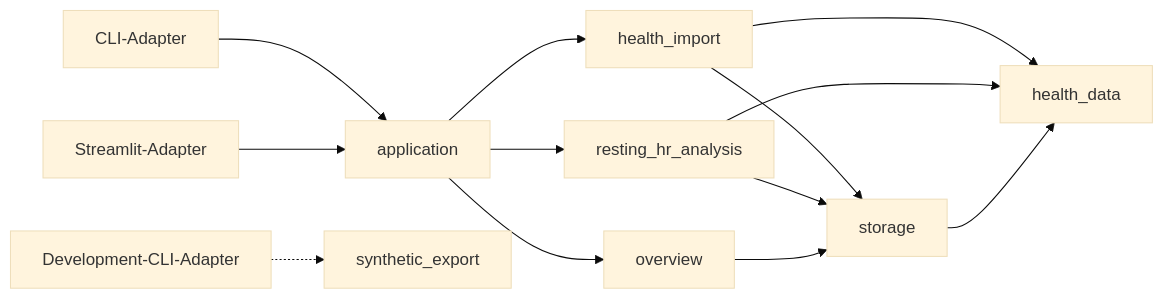
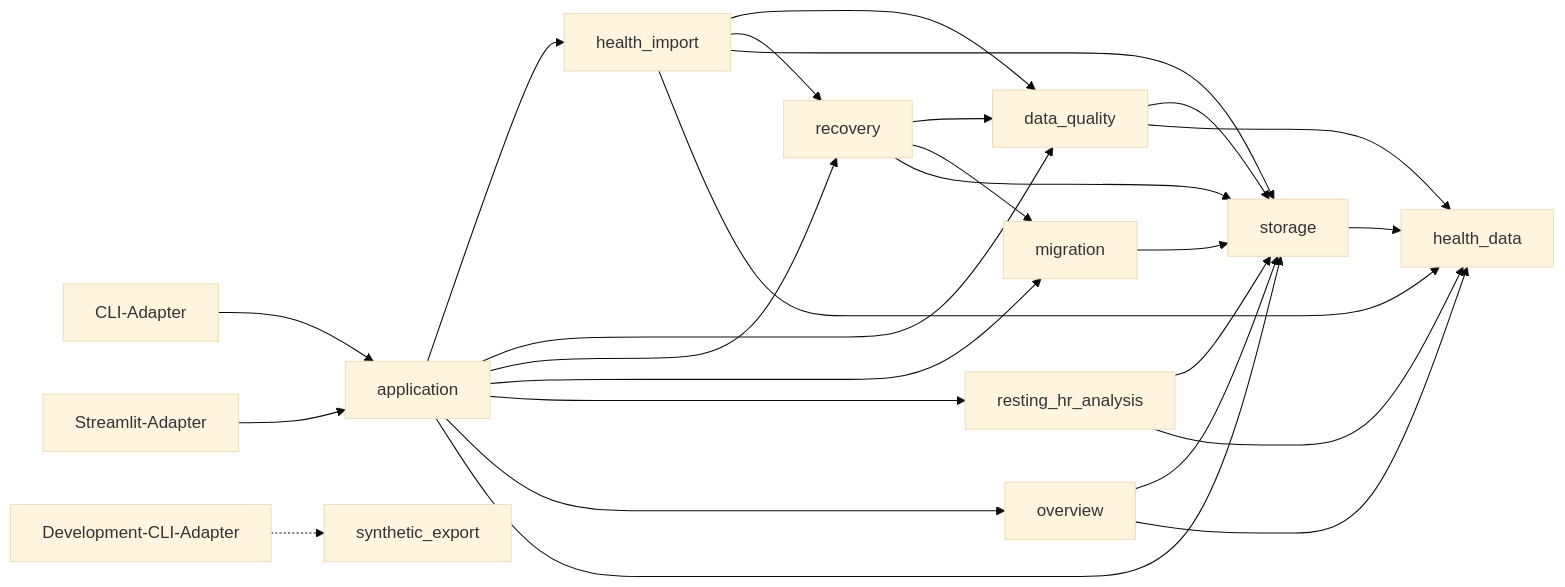
The diagram in HEALTH_ANALYTICS_ARCHITECTURE.md (RMKruse/personal-health-lab), drawn with Mermaid (base theme) before and after one commit. The commit also changed other lines of this file and 2 other files, not shown here.

Commit message:
Document V0.2 deep module ownership

````diff
--- a/HEALTH_ANALYTICS_ARCHITECTURE.md
+++ b/HEALTH_ANALYTICS_ARCHITECTURE.md
@@ -151,15 +154,28 @@
 ```mermaid
 flowchart LR
     CLI["CLI-Adapter"] --> APP["application"]
     UI["Streamlit-Adapter"] --> APP
     APP --> IMP["health_import"]
+    APP --> QUALITY["data_quality"]
+    APP --> RECOVERY["recovery"]
+    APP --> MIGRATION["migration"]
     APP --> ANA["resting_hr_analysis"]
     APP --> OVR["overview"]
+    APP --> STORE["storage"]
+    IMP --> QUALITY
+    IMP --> RECOVERY
     IMP --> STORE["storage"]
+    RECOVERY --> QUALITY
+    RECOVERY --> MIGRATION
+    RECOVERY --> STORE
+    MIGRATION --> STORE
+    QUALITY --> STORE
     ANA --> STORE
     OVR --> STORE
     IMP --> DATA["health_data"]
+    QUALITY --> DATA
     ANA --> DATA
+    OVR --> DATA
     STORE --> DATA
     DCLI["Development-CLI-Adapter"] -.-> SYN["synthetic_export"]
 ```
````
